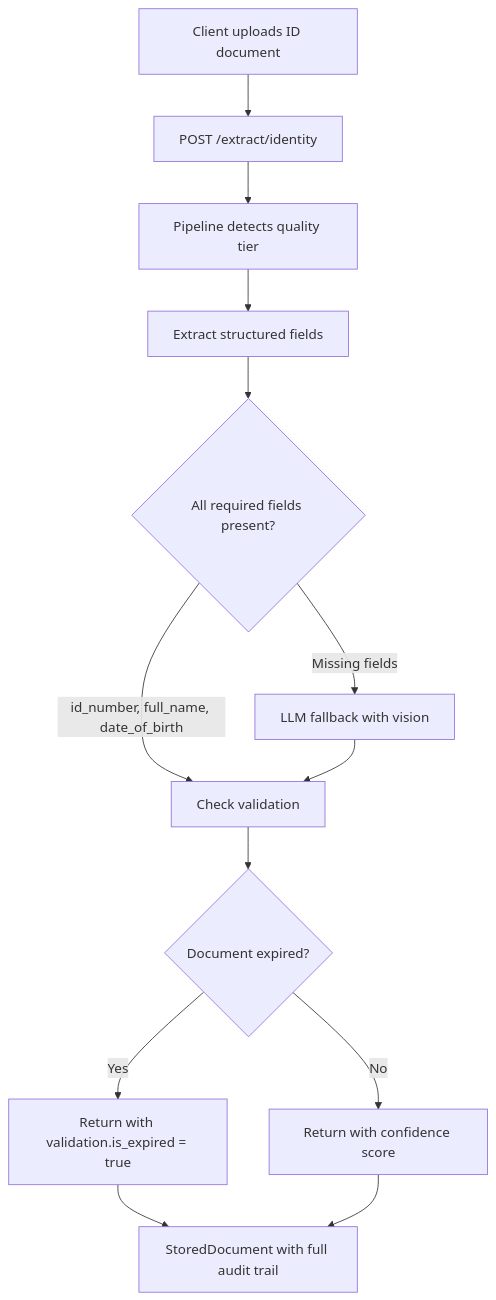
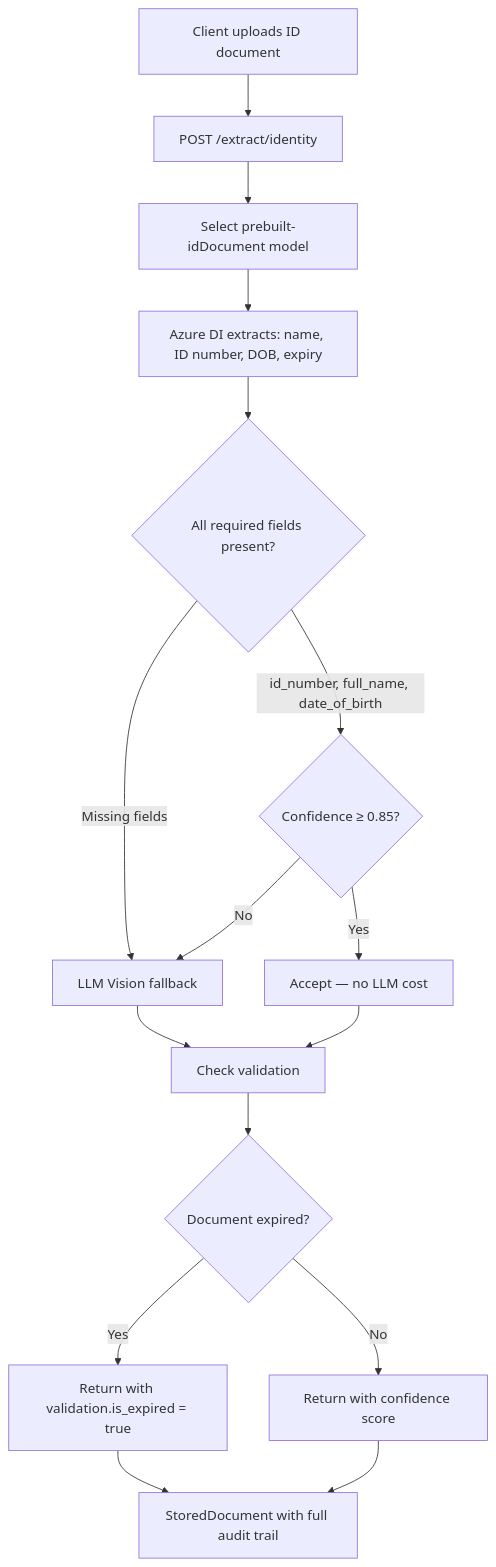
One commit to harsha9099/document-intelligence-api changed the second of 8 diagrams in README.md. Above: the diagram before and after it, drawn with Mermaid. The commit also changed other lines of this file and 7 other files, not shown here.

First line of the commit message:
Route ALL documents through Azure DI first with smart prebuilt model selection

````diff
--- a/README.md
+++ b/README.md
@@ -68,15 +69,18 @@
 ```mermaid
 flowchart TD
     A[Client uploads ID document] --> B[POST /extract/identity]
-    B --> C[Pipeline detects quality tier]
-    C --> D[Extract structured fields]
+    B --> C[Select prebuilt-idDocument model]
+    C --> D[Azure DI extracts: name, ID number, DOB, expiry]
     D --> E{All required fields present?}
-    E -->|id_number, full_name, date_of_birth| F[Check validation]
-    E -->|Missing fields| G[LLM fallback with vision]
-    G --> F
-    F --> H{Document expired?}
-    H -->|Yes| I[Return with validation.is_expired = true]
-    H -->|No| J[Return with confidence score]
-    I --> K[StoredDocument with full audit trail]
-    J --> K
+    E -->|id_number, full_name, date_of_birth| F{Confidence ≥ 0.85?}
+    E -->|Missing fields| G[LLM Vision fallback]
+    F -->|Yes| H[Accept — no LLM cost]
+    F -->|No| G
+    G --> I[Check validation]
+    H --> I
+    I --> J{Document expired?}
+    J -->|Yes| K[Return with validation.is_expired = true]
+    J -->|No| L[Return with confidence score]
+    K --> M[StoredDocument with full audit trail]
+    L --> M
 ```
````
